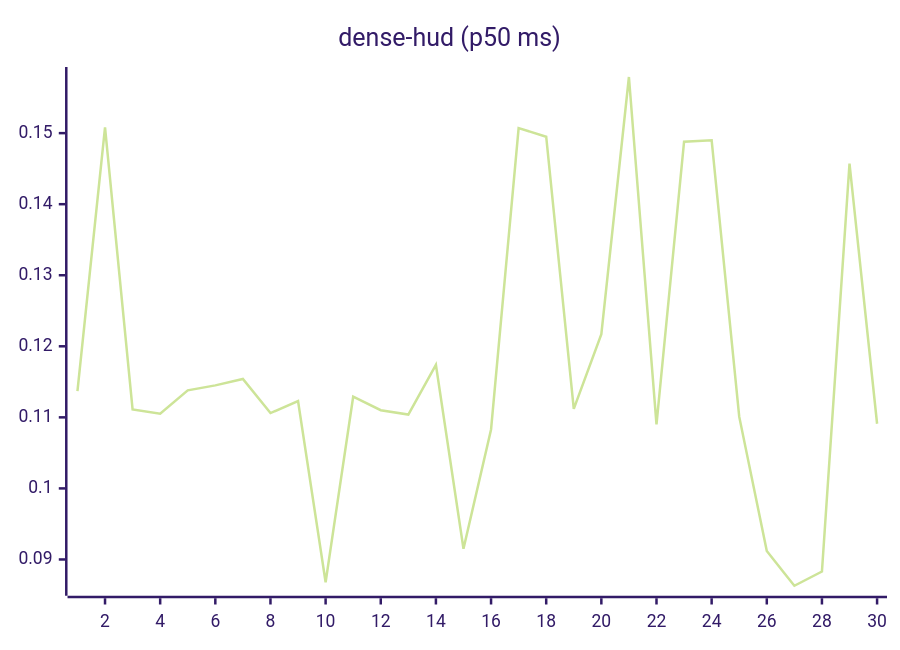
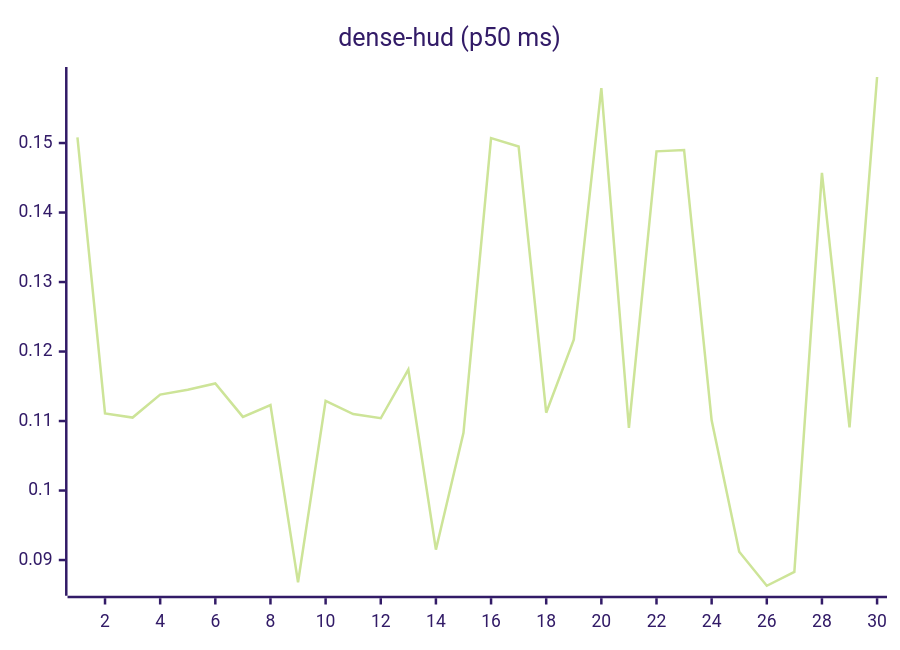
Before and after one commit to josha/Facet: the eighth of 27 diagrams in README.md, drawn with Mermaid (forest theme). The commit also changed other lines of this file and 2 other files, not shown here.

````diff
--- a/README.md
+++ b/README.md
@@ -112,6 +112,6 @@
 ```mermaid
 xychart-beta
     title "dense-hud (p50 ms)"
     x-axis 1 --> 30
-    line [0.1137, 0.1508, 0.1111, 0.1105, 0.1138, 0.1145, 0.1154, 0.1106, 0.1123, 0.0868, 0.1129, 0.1110, 0.1104, 0.1174, 0.0915, 0.1083, 0.1507, 0.1495, 0.1112, 0.1217, 0.1579, 0.1090, 0.1488, 0.1490, 0.1101, 0.0912, 0.0863, 0.0883, 0.1457, 0.1091]
+    line [0.1508, 0.1111, 0.1105, 0.1138, 0.1145, 0.1154, 0.1106, 0.1123, 0.0868, 0.1129, 0.1110, 0.1104, 0.1174, 0.0915, 0.1083, 0.1507, 0.1495, 0.1112, 0.1217, 0.1579, 0.1090, 0.1488, 0.1490, 0.1101, 0.0912, 0.0863, 0.0883, 0.1457, 0.1091, 0.1595]
 ```
````
